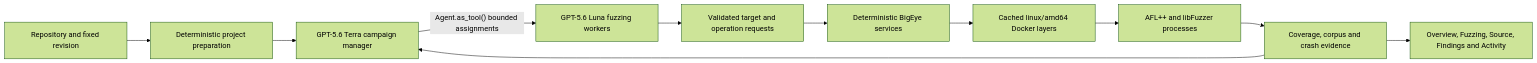
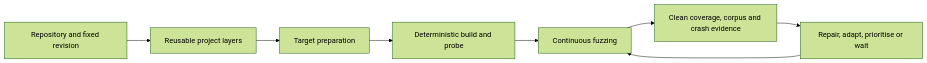
Before and after one commit to marcellomaugeri/BigEye: the diagram in README.md, drawn with Mermaid (forest theme). The commit also changed other lines of this file and 52 other files, not shown here.

Commit message:
feat: finalise BigEye release experience

````diff
--- a/README.md
+++ b/README.md
@@ -50,13 +96,10 @@
 ```mermaid
 flowchart LR
-    U["Repository and fixed revision"] --> P["Deterministic project preparation"]
-    P --> M["GPT-5.6 Terra campaign manager"]
-    M -->|"Agent.as_tool() bounded assignments"| W["GPT-5.6 Luna fuzzing workers"]
-    W --> A["Validated target and operation requests"]
-    A --> S["Deterministic BigEye services"]
-    S --> D["Cached linux/amd64 Docker layers"]
-    D --> F["AFL++ and libFuzzer processes"]
-    F --> E["Coverage, corpus and crash evidence"]
-    E --> M
-    E --> UI["Overview, Fuzzing, Source, Findings and Activity"]
+    R["Repository and fixed revision"] --> B["Reusable project layers"]
+    B --> T["Target preparation"]
+    T --> P["Deterministic build and probe"]
+    P --> F["Continuous fuzzing"]
+    F --> E["Clean coverage, corpus and crash evidence"]
+    E --> D["Repair, adapt, prioritise or wait"]
+    D --> F
 ```
````
